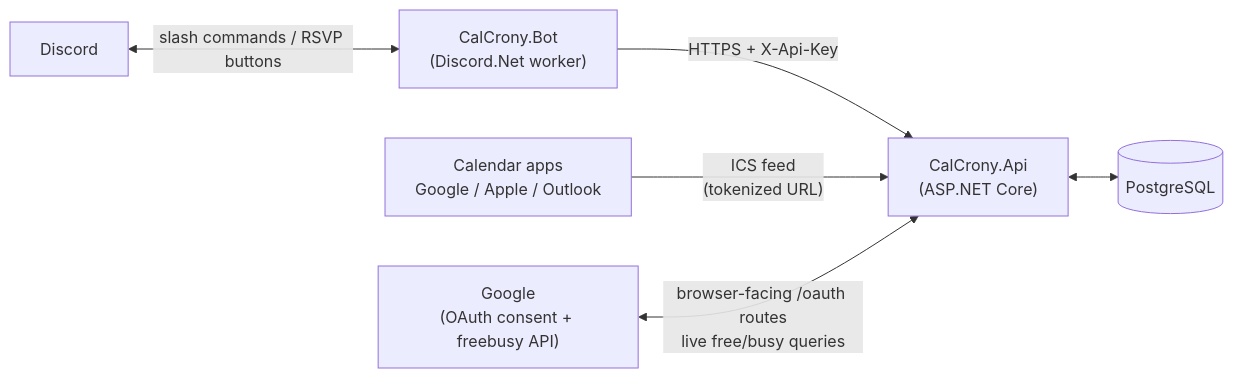
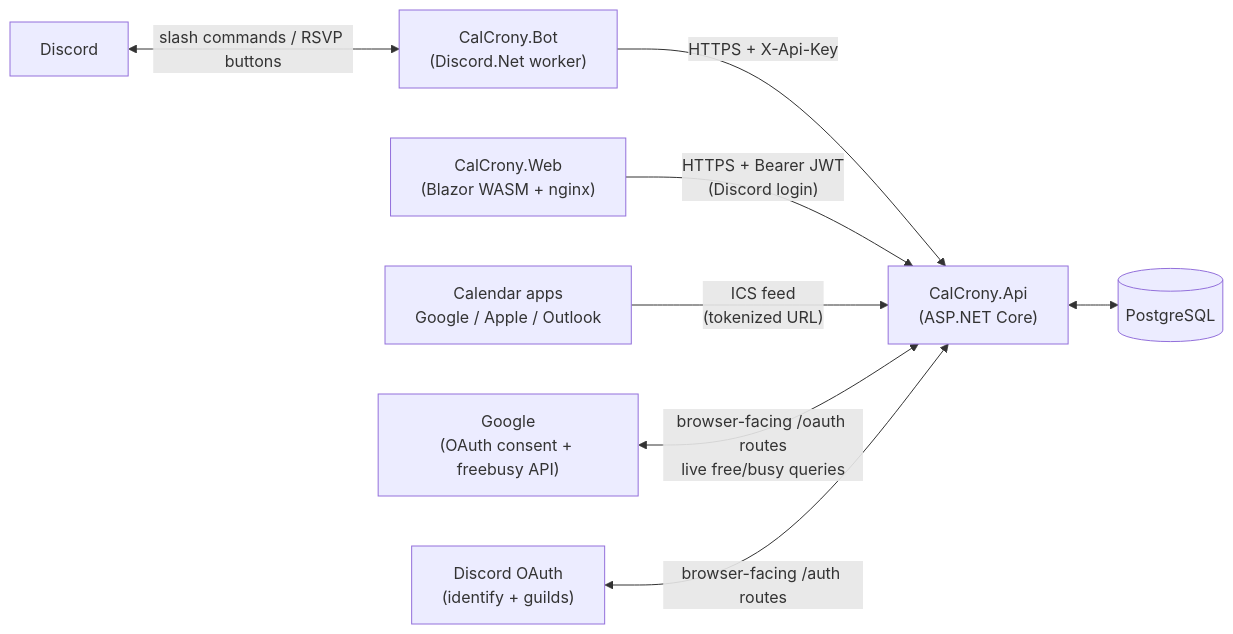
One commit to JJWren/CalCrony changed the diagram in README.md. Above: the diagram before and after it, drawn with Mermaid. The commit also changed other lines of this file and 85 other files, not shown here.

First line of the commit message:
feat: add CalCrony.Web with Discord login and read-interact app (#9)

````diff
--- a/README.md
+++ b/README.md
@@ -7,8 +7,10 @@
 ```mermaid
 flowchart LR
     discord["Discord"] <-- "slash commands / RSVP buttons" --> bot["CalCrony.Bot<br/>(Discord.Net worker)"]
     bot -- "HTTPS + X-Api-Key" --> api["CalCrony.Api<br/>(ASP.NET Core)"]
+    web["CalCrony.Web<br/>(Blazor WASM + nginx)"] -- "HTTPS + Bearer JWT<br/>(Discord login)" --> api
     api <--> db[("PostgreSQL")]
     calapps["Calendar apps<br/>Google / Apple / Outlook"] -- "ICS feed<br/>(tokenized URL)" --> api
     google["Google<br/>(OAuth consent + freebusy API)"] <-- "browser-facing /oauth routes<br/>live free/busy queries" --> api
+    discordoauth["Discord OAuth<br/>(identify + guilds)"] <-- "browser-facing /auth routes" --> api
 ```
````
